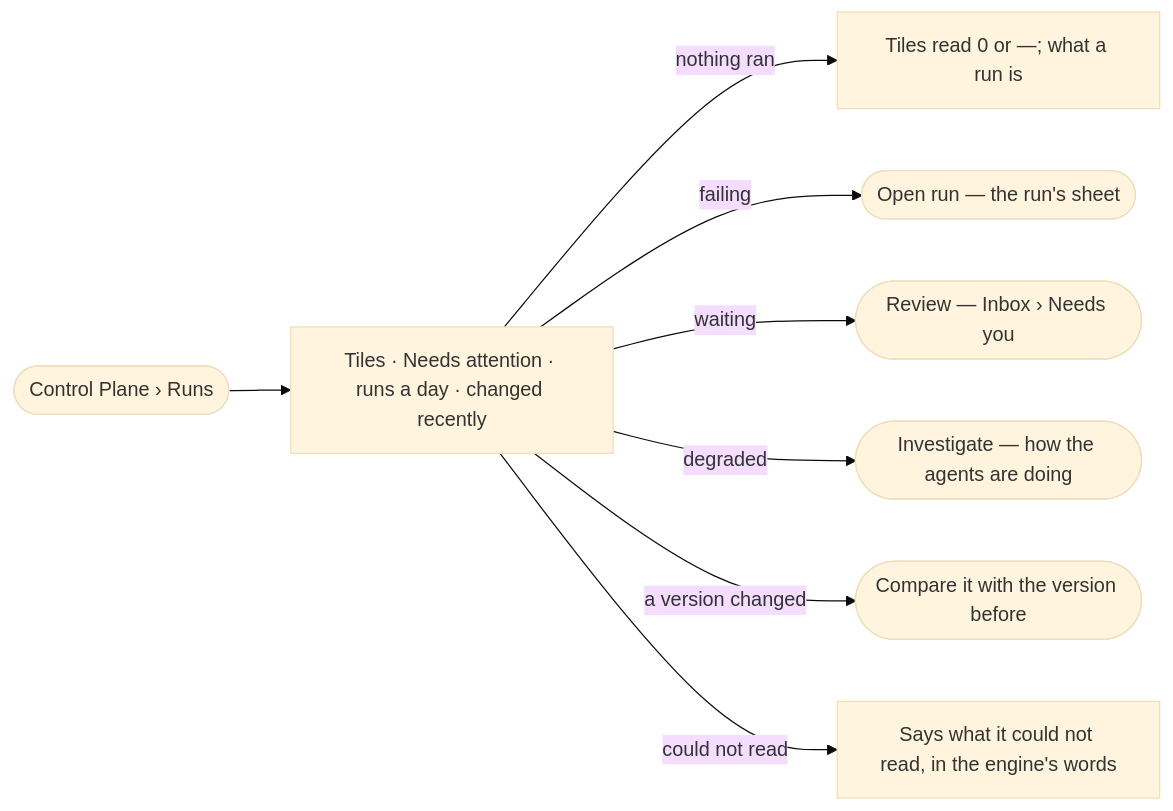
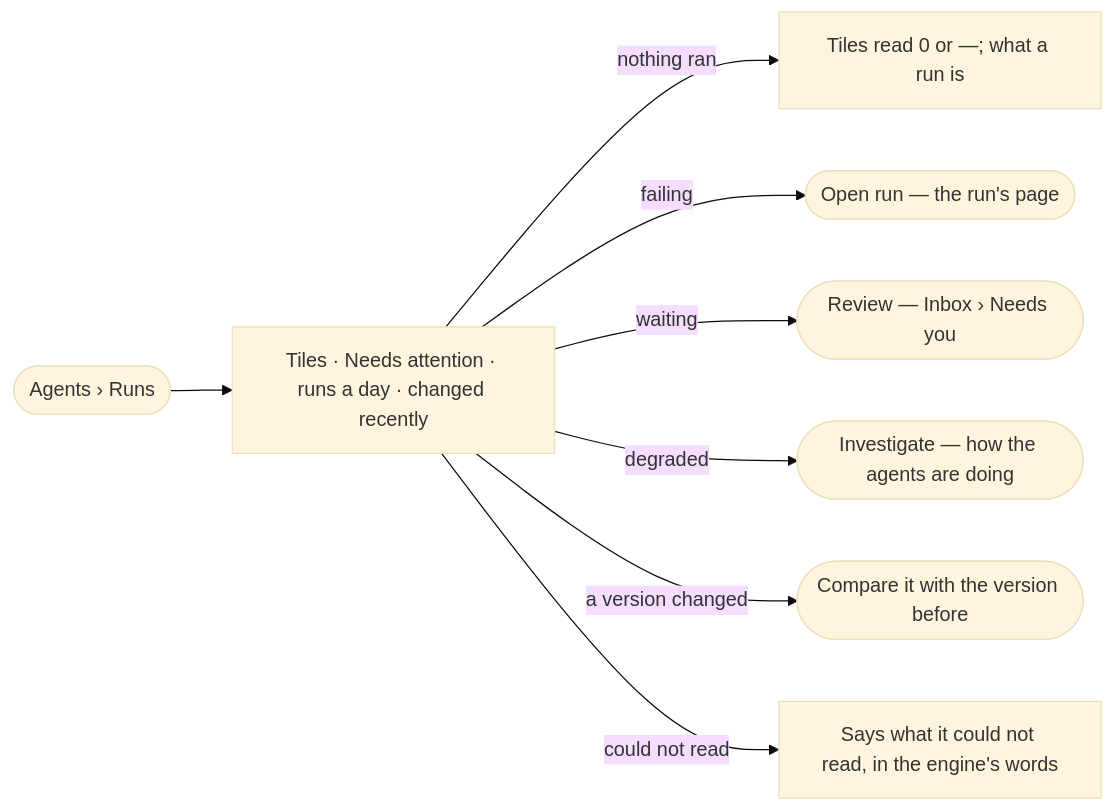
One commit to invana/invana changed the diagram in specs/os/control/features/CP-F10-runs-and-how-the-agents-are-doing/stories/CP-48-see-what-needs-me-across-every-agent/story.md. Above: the diagram before and after it, drawn with Mermaid (base theme). The commit also changed other lines of this file and 456 other files, not shown here.

````diff
--- a/specs/os/control/features/CP-F10-runs-and-how-the-agents-are-doing/stories/CP-48-see-what-needs-me-across-every-agent/story.md
+++ b/specs/os/control/features/CP-F10-runs-and-how-the-agents-are-doing/stories/CP-48-see-what-needs-me-across-every-agent/story.md
@@ -26,10 +26,10 @@
 ```mermaid
 flowchart LR
-  a([Control Plane › Runs]) --> t["Tiles · Needs attention · runs a day · changed recently"]
+  a([Agents › Runs]) --> t["Tiles · Needs attention · runs a day · changed recently"]
   t -->|nothing ran| e["Tiles read 0 or —; what a run is"]
-  t -->|failing| r(["Open run — the run's sheet"])
+  t -->|failing| r(["Open run — the run's page"])
   t -->|waiting| i(["Review — Inbox › Needs you"])
   t -->|degraded| p(["Investigate — how the agents are doing"])
   t -->|a version changed| c(["Compare it with the version before"])
   t -->|could not read| f["Says what it could not read, in the engine's words"]
 ```
````
